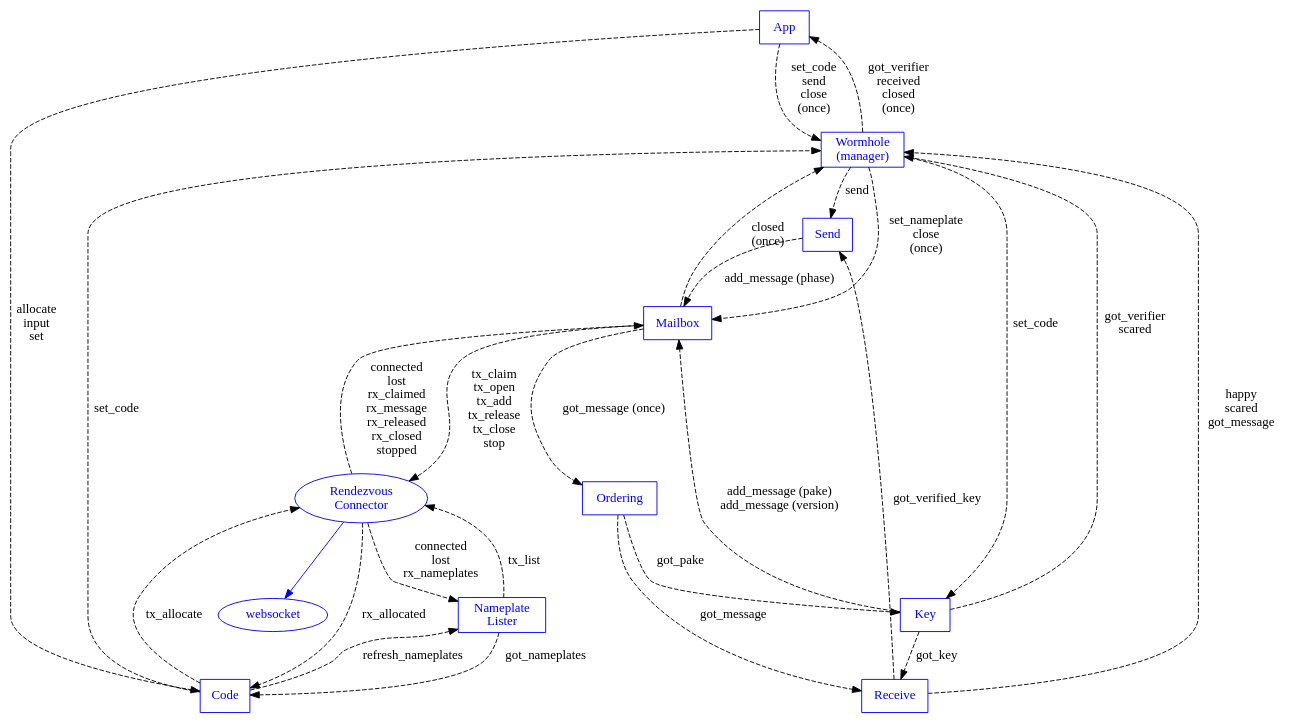
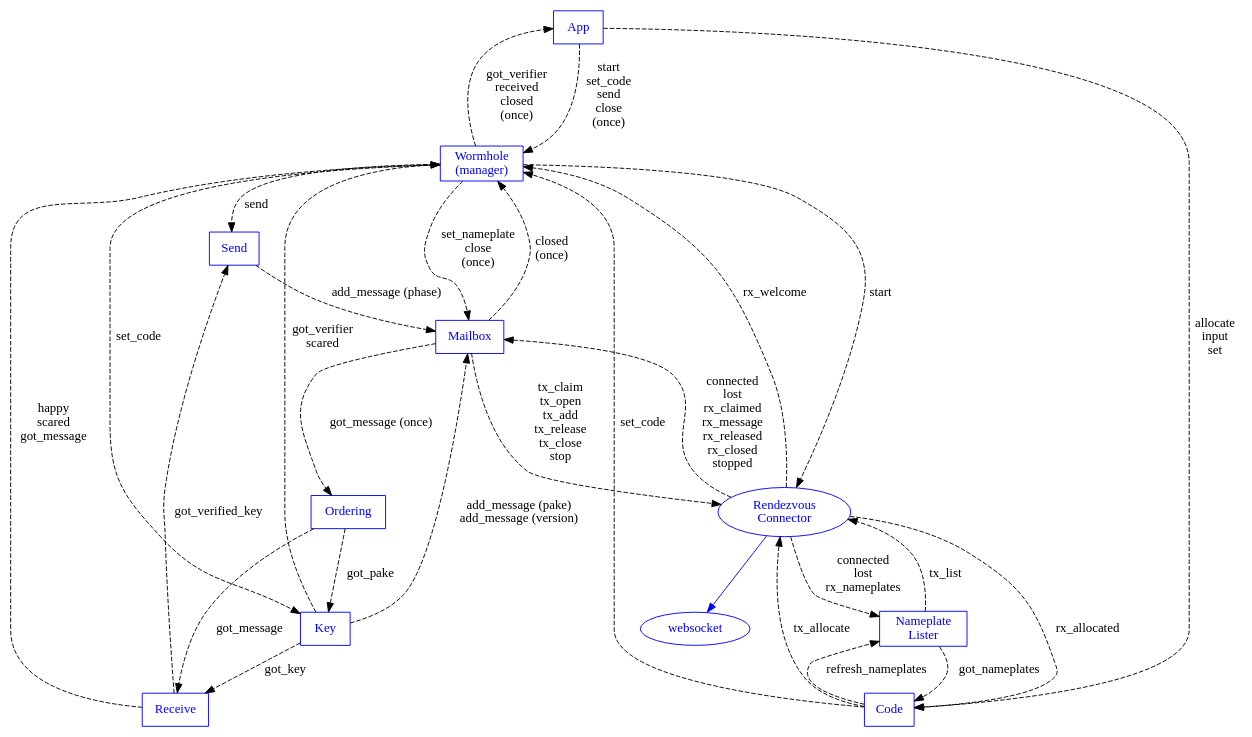
The diagram in docs/machines.dot (magic-wormhole/magic-wormhole), drawn with Graphviz before and after one commit. The commit also changed 11 other files, not shown here.

```diff
--- a/docs/machines.dot
+++ b/docs/machines.dot
@@ -1,82 +1,82 @@
 digraph {
         App [shape="box" color="blue" fontcolor="blue"]
         Wormhole [shape="box" label="Wormhole\n(manager)"
                   color="blue" fontcolor="blue"]
         Mailbox [shape="box" color="blue" fontcolor="blue"]
         Connection [label="Rendezvous\nConnector"
                     shape="oval" color="blue" fontcolor="blue"]
         websocket [color="blue" fontcolor="blue"]
         Order [shape="box" label="Ordering" color="blue" fontcolor="blue"]
         Key [shape="box" label="Key" color="blue" fontcolor="blue"]
         Send [shape="box" label="Send" color="blue" fontcolor="blue"]
         Receive [shape="box" label="Receive" color="blue" fontcolor="blue"]
         Code [shape="box" label="Code" color="blue" fontcolor="blue"]
         Nameplates [shape="box" label="Nameplate\nLister"
                     color="blue" fontcolor="blue"
                     ]
 
         Connection -> websocket [color="blue"]
         #Connection -> Order [color="blue"]
 
-        App -> Wormhole [style="dashed" label="set_code\nsend\nclose\n(once)"]
+        App -> Wormhole [style="dashed" label="start\nset_code\nsend\nclose\n(once)"]
         #App -> Wormhole [color="blue"]
         Wormhole -> App [style="dashed" label="got_verifier\nreceived\nclosed\n(once)"]
 
         #Wormhole -> Connection [color="blue"]
+        Wormhole -> Connection [style="dashed" label="start"]
+        Connection -> Wormhole [style="dashed" label="rx_welcome"]
 
         Wormhole -> Send [style="dashed" label="send"]
 
         Wormhole -> Mailbox [style="dashed"
                              label="set_nameplate\nclose\n(once)"
                              ]
         #Wormhole -> Mailbox [color="blue"]
         Mailbox -> Wormhole [style="dashed" label="closed\n(once)"]
         Mailbox -> Order [style="dashed" label="got_message (once)"]
         Wormhole -> Key [style="dashed" label="set_code"]
         Key -> Wormhole [style="dashed" label="got_verifier\nscared"]
         Order -> Key [style="dashed" label="got_pake"]
         Order -> Receive [style="dashed" label="got_message"]
         #Wormhole -> Key [color="blue"]
         Key -> Mailbox [style="dashed" label="add_message (pake)\nadd_message (version)"]
         Receive -> Send [style="dashed" label="got_verified_key"]
         Send -> Mailbox [style="dashed" label="add_message (phase)"]
 
         Key -> Receive [style="dashed" label="got_key"]
         Receive -> Wormhole [style="dashed"
                              label="happy\nscared\ngot_message"]
 
         Mailbox -> Connection [style="dashed"
                                label="tx_claim\ntx_open\ntx_add\ntx_release\ntx_close\nstop"
                                ]
         Connection -> Mailbox [style="dashed"
                                label="connected\nlost\nrx_claimed\nrx_message\nrx_released\nrx_closed\nstopped"]
 
         Connection -> Nameplates [style="dashed"
                                   label="connected\nlost\nrx_nameplates"
                                   ]
         Nameplates -> Connection [style="dashed"
                                   label="tx_list"
                                   ]
 
         #Wormhole -> Code [color="blue"]
         Code -> Connection [style="dashed"
                             label="tx_allocate"
                             ]
         Connection -> Code [style="dashed"
                             label="rx_allocated"]
         Nameplates -> Code [style="dashed"
                             label="got_nameplates"
                             ]
         #Code -> Nameplates [color="blue"]
         Code -> Nameplates [style="dashed"
                             label="refresh_nameplates"
                             ]
         Code -> Wormhole [style="dashed"
                           label="set_code"]
         App -> Code [style="dashed"
                      label="allocate\ninput\nset"]
-        
-        
 
 
 }
```
